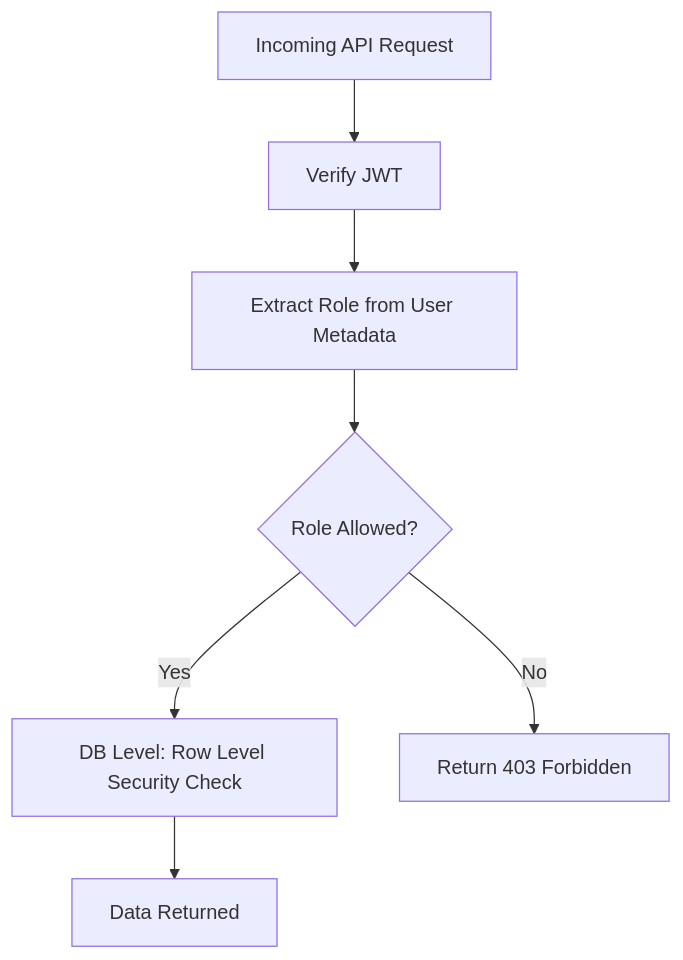
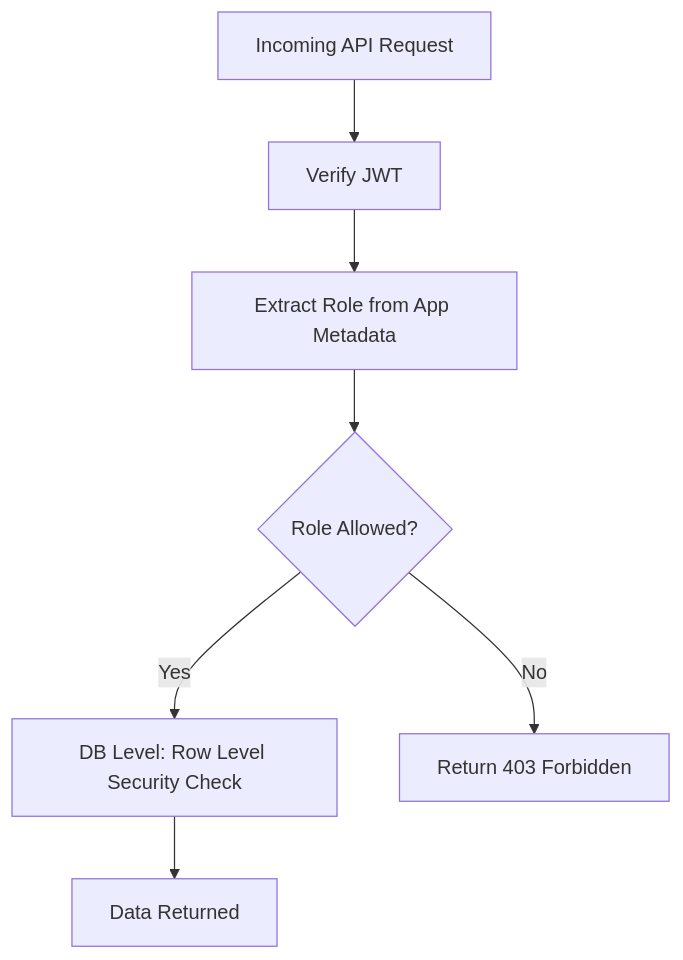
The fourth of 4 diagrams in docs/08_API/02_AUTHENTICATION.md (DoubleFo20/EV-Jarvis), drawn with Mermaid before and after one commit. The commit also changed other lines of this file and 70 other files, not shown here.

````diff
--- a/docs/08_API/02_AUTHENTICATION.md
+++ b/docs/08_API/02_AUTHENTICATION.md
@@ -215,9 +199,9 @@
 ```mermaid
 flowchart TD
     Request[Incoming API Request] --> Verify[Verify JWT]
-    Verify --> Extract[Extract Role from User Metadata]
+    Verify --> Extract[Extract Role from App Metadata]
     Extract --> RoleCheck{Role Allowed?}
     RoleCheck -->|Yes| RLSCheck[DB Level: Row Level Security Check]
     RoleCheck -->|No| Reject[Return 403 Forbidden]
     RLSCheck --> Success[Data Returned]
 ```
````
